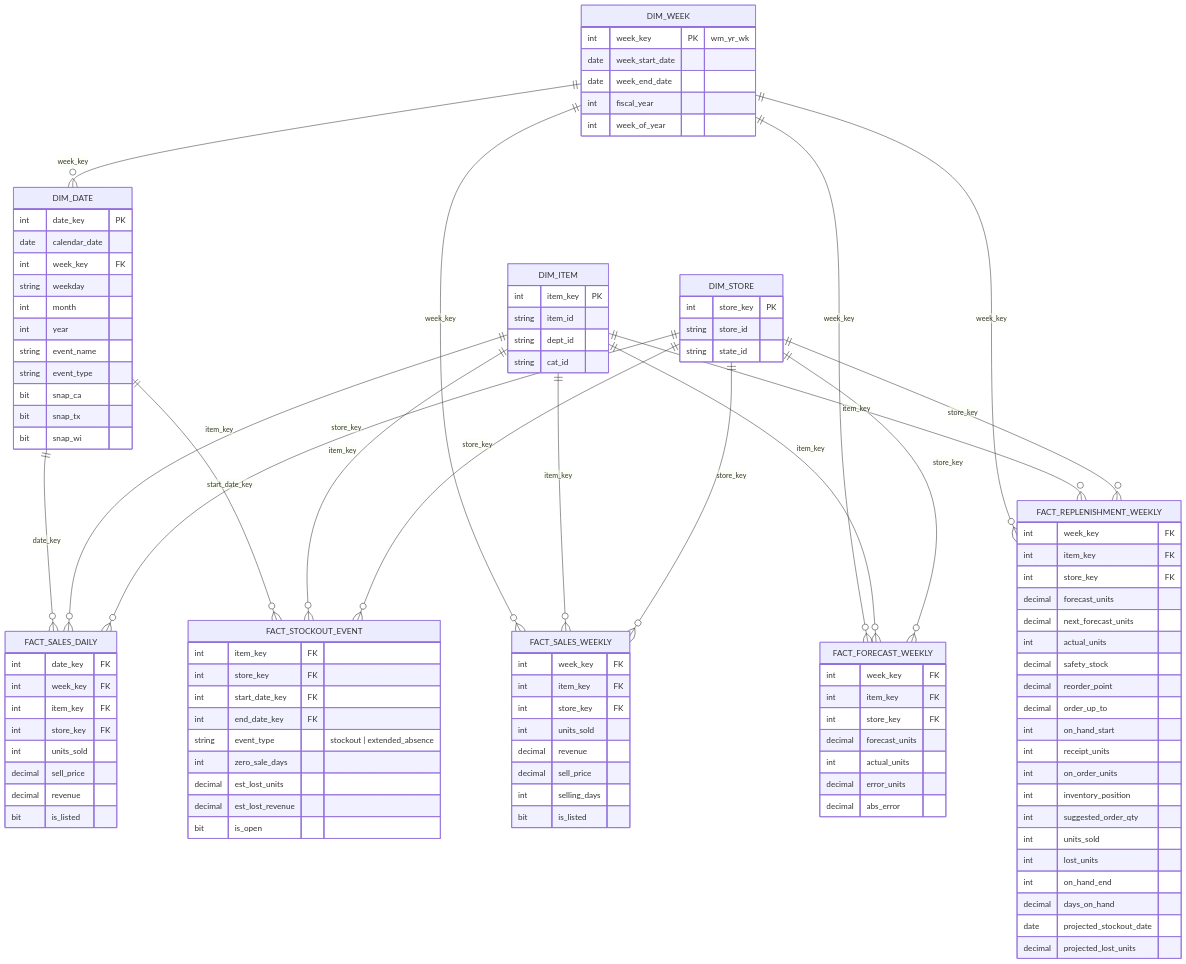
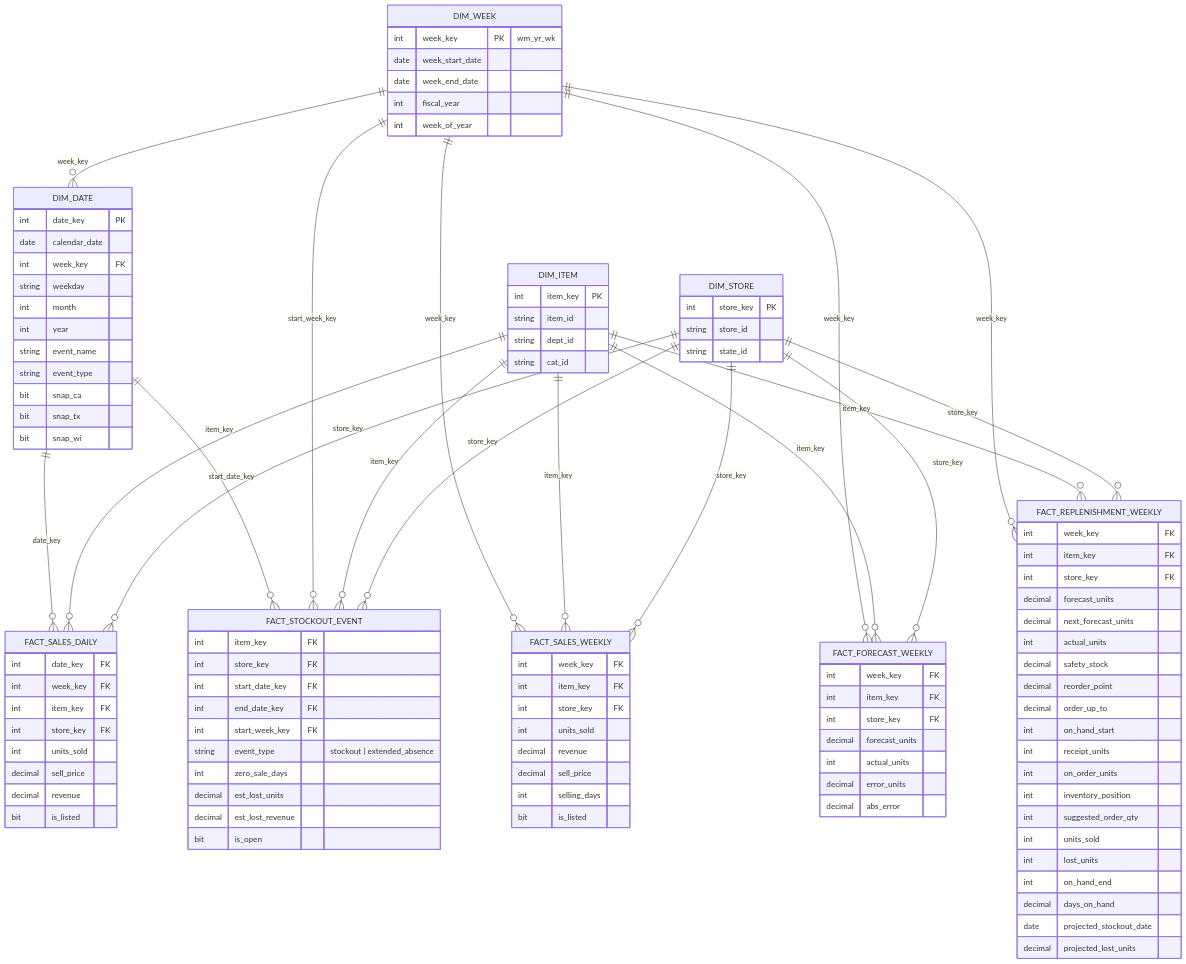
Before and after one commit to ghudes/m5-retail-replenishment: the diagram in README.md, drawn with Mermaid. The commit also changed 2 other files, not shown here.

Commit message:
Add the start week to stockout events so they share the week dimension

```diff
--- a/README.md
+++ b/README.md
@@ -98,6 +98,7 @@
     DIM_STORE ||--o{ FACT_REPLENISHMENT_WEEKLY : store_key
 
     DIM_DATE ||--o{ FACT_STOCKOUT_EVENT : start_date_key
+    DIM_WEEK ||--o{ FACT_STOCKOUT_EVENT : start_week_key
     DIM_ITEM ||--o{ FACT_STOCKOUT_EVENT : item_key
     DIM_STORE ||--o{ FACT_STOCKOUT_EVENT : store_key
 
@@ -188,6 +189,7 @@
         int store_key FK
         int start_date_key FK
         int end_date_key FK
+        int start_week_key FK
         string event_type "stockout | extended_absence"
         int zero_sale_days
         decimal est_lost_units
```
